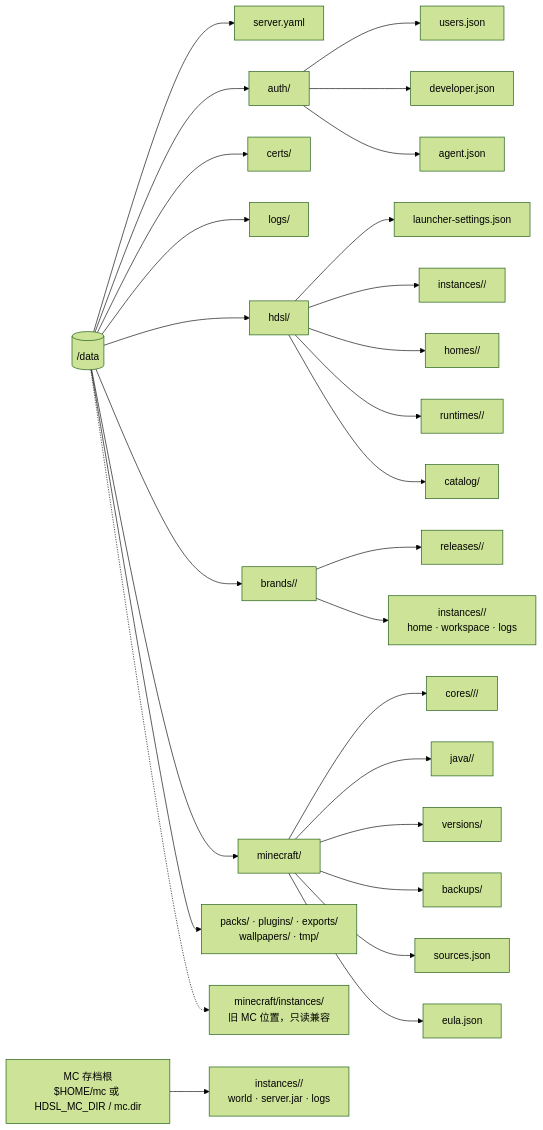
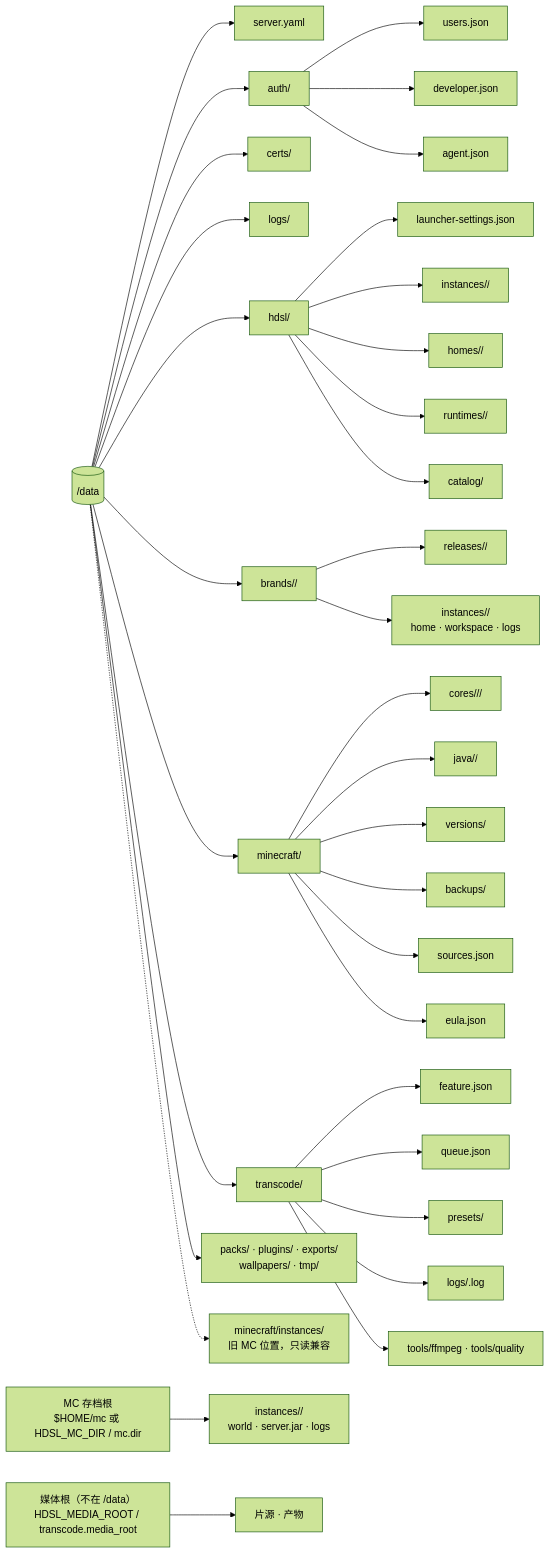
One commit to nas200-timmy/HDSL-WEB changed the second of 2 diagrams in docs/architecture/full.md. Above: the diagram before and after it, drawn with Mermaid (forest theme). The commit also changed other lines of this file and 7 other files, not shown here.

First line of the commit message:
docs(architecture): 按落地代码重画架构图并补转码流程

````diff
--- a/docs/architecture/full.md
+++ b/docs/architecture/full.md
@@ -203,29 +225,36 @@
 ```mermaid
 flowchart LR
   data[("/data")] --> cfg["server.yaml"]
   data --> auth["auth/"]
   auth --> users["users.json"]
   auth --> dev["developer.json"]
   auth --> agent["agent.json"]
   data --> certs["certs/"]
   data --> logs["logs/"]
   data --> hdsl["hdsl/"]
   hdsl --> launcher["launcher-settings.json"]
   hdsl --> hinst["instances/<id>/"]
   hdsl --> hhomes["homes/<version>/"]
   hdsl --> runtimes["runtimes/<node>/"]
   hdsl --> catalog["catalog/"]
   data --> brands["brands/<brand>/"]
   brands --> releases["releases/<version>/"]
   brands --> binst["instances/<id>/<br/>home · workspace · logs"]
   data --> minecraft["minecraft/"]
   minecraft --> cores["cores/<core>/<version>/"]
   minecraft --> java["java/<feature>/"]
   minecraft --> versions["versions/"]
   minecraft --> backups["backups/"]
   minecraft --> sources["sources.json"]
   minecraft --> eula["eula.json"]
+  data --> tx["transcode/"]
+  tx --> txfeature["feature.json"]
+  tx --> txqueue["queue.json"]
+  tx --> txpresets["presets/"]
+  tx --> txlogs["logs/<job>.log"]
+  tx --> txtools["tools/ffmpeg · tools/quality"]
   data --> other["packs/ · plugins/ · exports/<br/>wallpapers/ · tmp/"]
   data -.-> legacy["minecraft/instances/<br/>旧 MC 位置，只读兼容"]
   mcroot["MC 存档根<br/>$HOME/mc 或 HDSL_MC_DIR / mc.dir"] --> mcinst["instances/<id>/<br/>world · server.jar · logs"]
+  media["媒体根（不在 /data）<br/>HDSL_MEDIA_ROOT / transcode.media_root"] --> mediafiles["片源 · 产物"]
 ```
````
